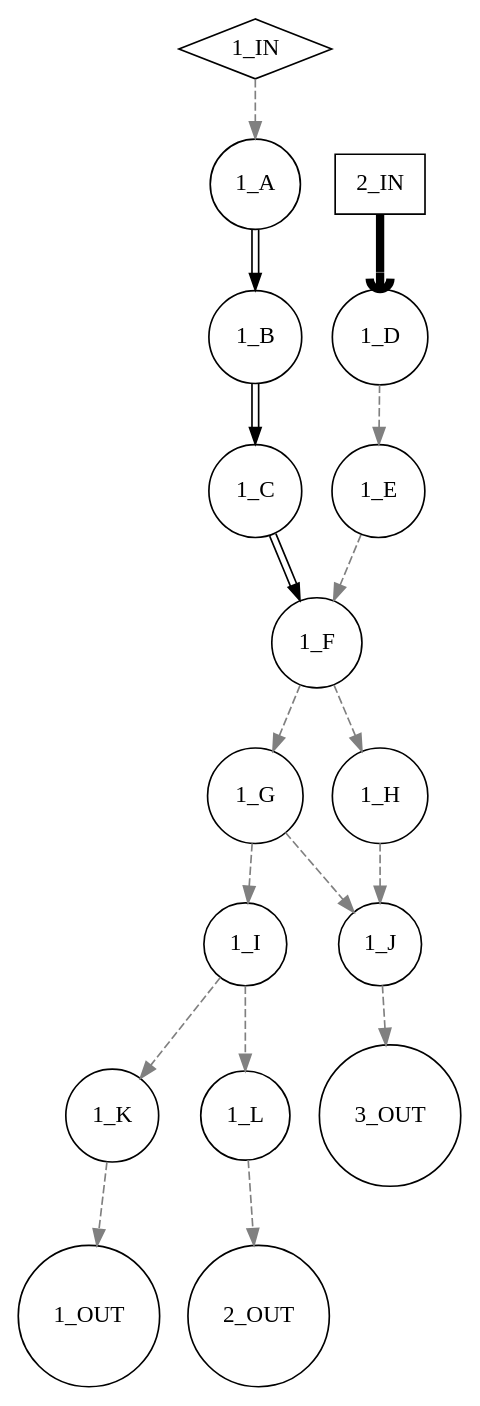
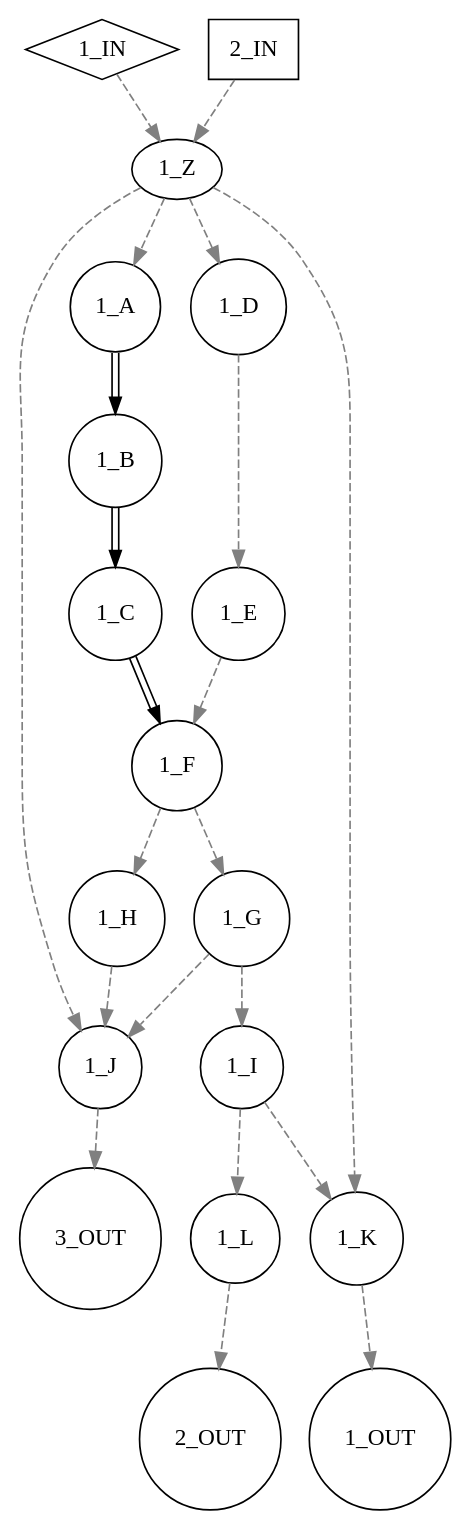
One commit to uwpktngiengo/DAGmodifier changed the diagram in theInputFile.dot. Above: the diagram before and after it, drawn with Graphviz. The commit also changed 7 other files, not shown here.

```diff
--- a/theInputFile.dot
+++ b/theInputFile.dot
@@ -1,37 +1,41 @@
 digraph D {
   "1_IN" [shape=diamond]
   "2_IN" [shape=box]
   "1_A" [shape=circle]
   "1_B" [shape=circle]
   "1_C" [shape=circle]
   "1_D" [shape=circle]
   "1_E" [shape=circle]
   "1_F" [shape=circle]
   "1_G" [shape=circle]
   "1_H" [shape=circle]
   "1_I" [shape=circle]
   "1_J" [shape=circle]
   "1_K" [shape=circle]
   "1_L" [shape=circle]
   "1_OUT" [shape=circle]
   "2_OUT" [shape=circle]
   "3_OUT" [shape=circle]
 
-  "1_IN" -> "1_A" [style=dashed, color=grey]
+  "1_Z" -> "1_K" [style=dashed, color=grey]
+  "1_Z" -> "1_J" [style=dashed, color=grey]
+  "1_IN" -> "1_Z" [style=dashed, color=grey]
+  "2_IN" -> "1_Z" [style=dashed, color=grey]
+  "1_Z" -> "1_A" [style=dashed, color=grey]
+  "1_Z" -> "1_D" [style=dashed, color=grey]
   "1_A" -> "1_B" [color="black:invis:black"]
   "1_B" -> "1_C" [color="black:invis:black"]
   "1_C" -> "1_F" [color="black:invis:black"]
-  "2_IN" -> "1_D" [penwidth=5, arrowhead=curve]
   "1_D" -> "1_E" [style=dashed, color=grey]
   "1_E" -> "1_F" [style=dashed, color=grey]
   "1_F" -> "1_G" [style=dashed, color=grey]
   "1_F" -> "1_H" [style=dashed, color=grey]
   "1_G" -> "1_I" [style=dashed, color=grey]
   "1_G" -> "1_J" [style=dashed, color=grey]
   "1_H" -> "1_J" [style=dashed, color=grey]
   "1_I" -> "1_K" [style=dashed, color=grey]
   "1_I" -> "1_L" [style=dashed, color=grey]
   "1_K" -> "1_OUT" [style=dashed, color=grey]
   "1_L" -> "2_OUT" [style=dashed, color=grey]
   "1_J" -> "3_OUT" [style=dashed, color=grey]
 }
```
